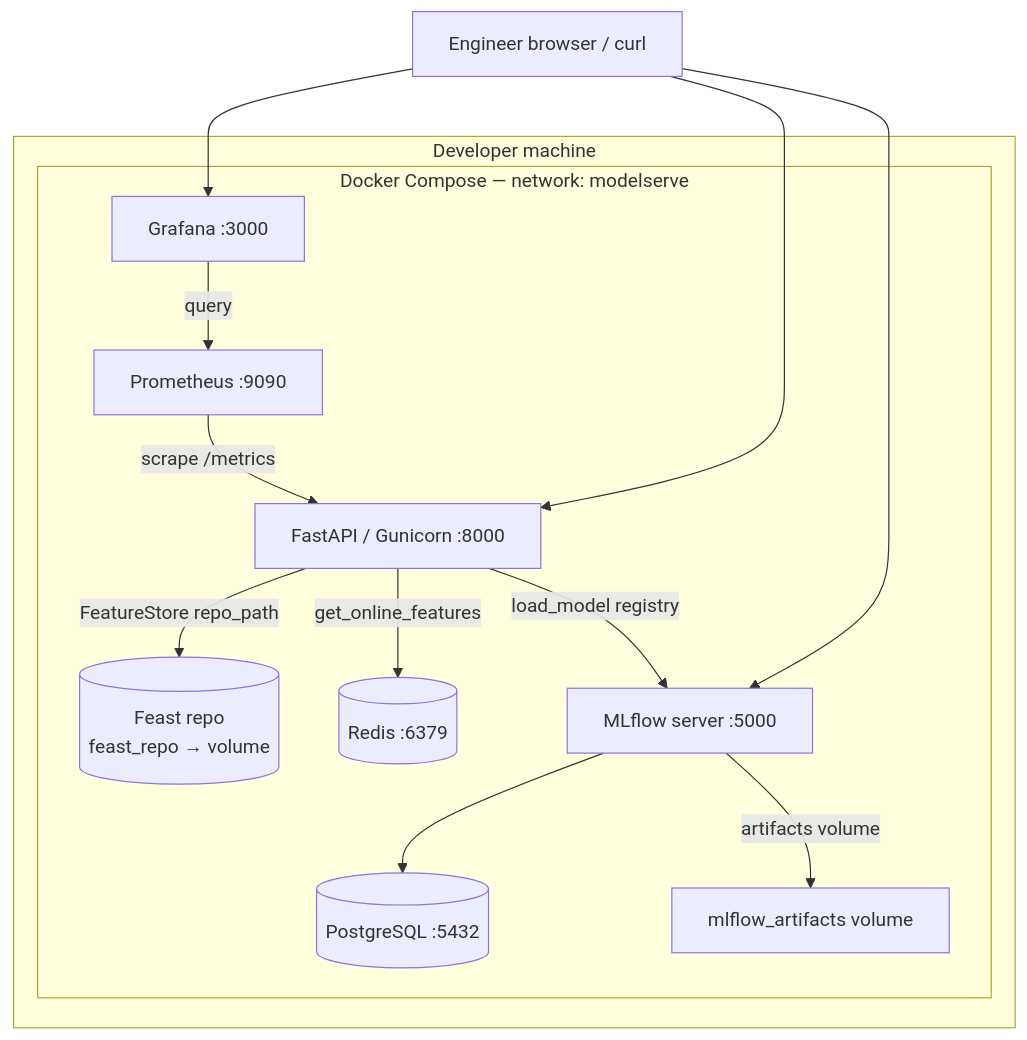
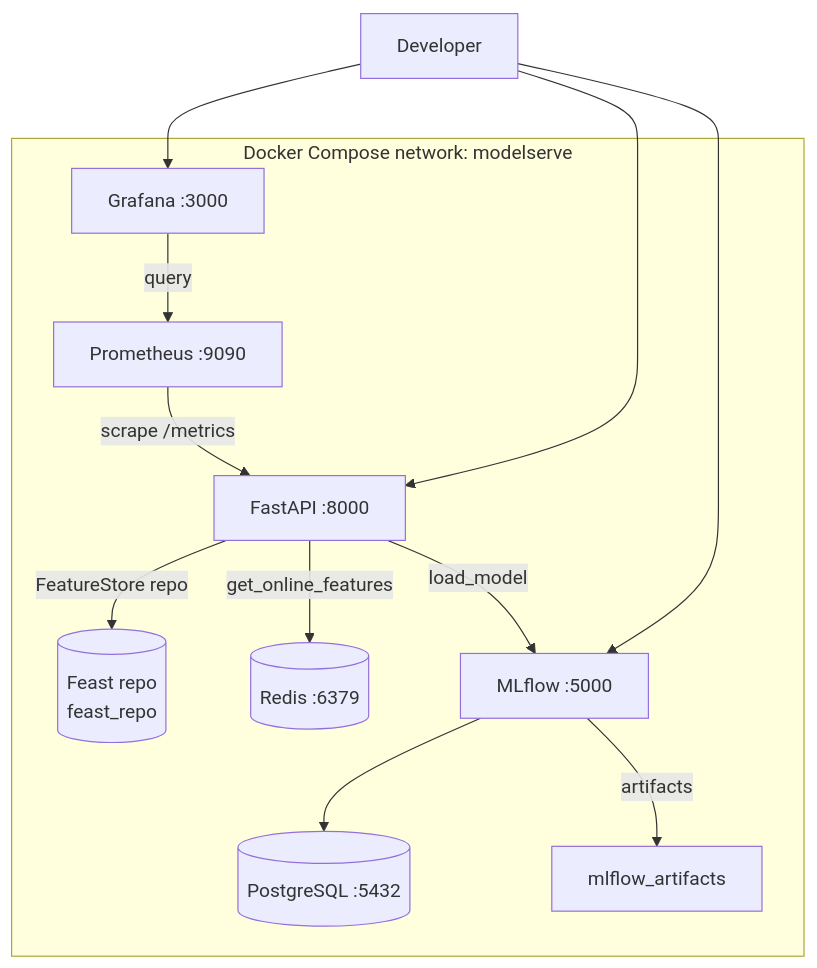
Before and after one commit to aunjum/MLOps-S2-Exam1-modelserve-capstone: the first of 3 diagrams in docs/ARCHITECTURE.md, drawn with Mermaid. The commit also changed other lines of this file and 12 other files, not shown here.

````diff
--- a/docs/ARCHITECTURE.md
+++ b/docs/ARCHITECTURE.md
@@ -38,26 +22,24 @@
 ```mermaid
 flowchart TB
-  subgraph host["Developer machine"]
-    subgraph dc["Docker Compose — network: modelserve"]
-      FEAST[("Feast repo\nfeast_repo → volume")]
-      PG[(PostgreSQL :5432)]
-      RD[(Redis :6379)]
-      MLF[MLflow server :5000]
-      API[FastAPI / Gunicorn :8000]
-      PROM[Prometheus :9090]
-      GRAF[Grafana :3000]
+  subgraph dc["Docker Compose network: modelserve"]
+    FEAST[("Feast repo\nfeast_repo")]
+    PG[(PostgreSQL :5432)]
+    RD[(Redis :6379)]
+    MLF[MLflow :5000]
+    API[FastAPI :8000]
+    PROM[Prometheus :9090]
+    GRAF[Grafana :3000]
 
-      API -->|get_online_features| RD
-      API -->|FeatureStore repo_path| FEAST
-      API -->|load_model registry| MLF
-      MLF --> PG
-      MLF -->|artifacts volume| VOL[mlflow_artifacts volume]
-      PROM -->|scrape /metrics| API
-      GRAF -->|query| PROM
-    end
+    API -->|get_online_features| RD
+    API -->|FeatureStore repo| FEAST
+    API -->|load_model| MLF
+    MLF --> PG
+    MLF -->|artifacts| VOL[mlflow_artifacts]
+    PROM -->|scrape /metrics| API
+    GRAF -->|query| PROM
   end
 
-  DEV[Engineer browser / curl] --> API
+  DEV[Developer] --> API
   DEV --> GRAF
   DEV --> MLF
 ```
````
